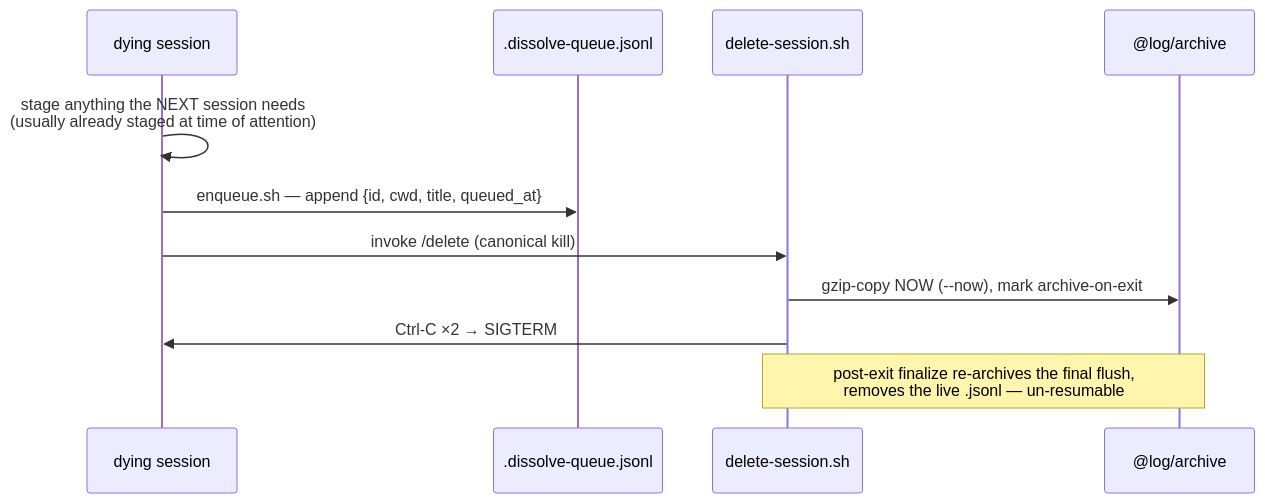
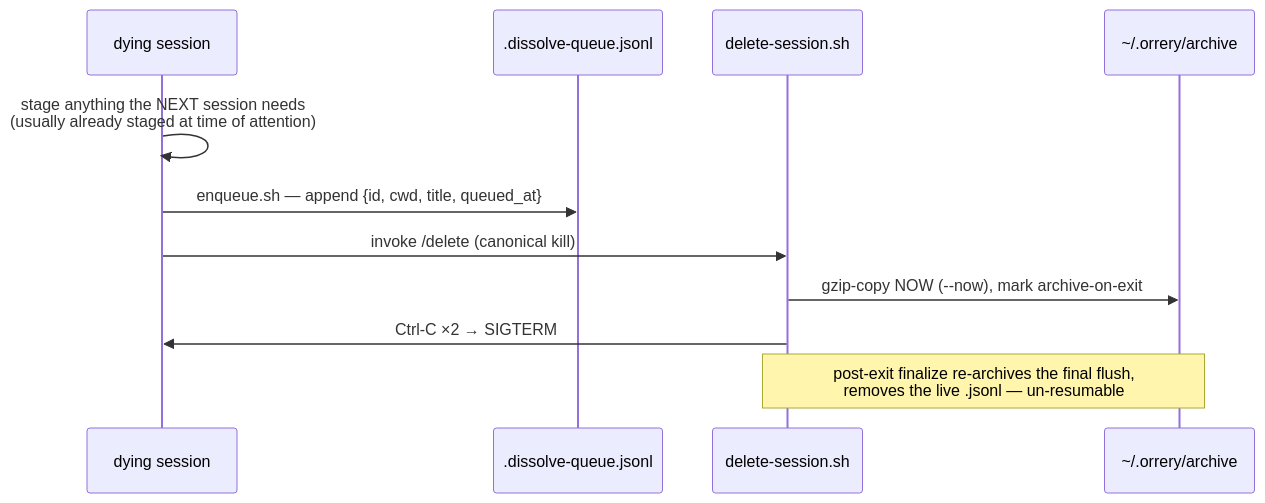
The fourth of 8 diagrams in lib/orrery/memory.md (jgeschwendt/orrery), drawn with Mermaid before and after one commit. The commit also changed other lines of this file and 9 other files, not shown here.

First line of the commit message:
refactor: transcript archive moves out of log to its own ~/.orrery/archive

````diff
--- a/lib/orrery/memory.md
+++ b/lib/orrery/memory.md
@@ -263,14 +263,14 @@
 ```mermaid
 sequenceDiagram
     participant S as dying session
     participant Q as .dissolve-queue.jsonl
     participant D as delete-session.sh
-    participant A as @log/archive
+    participant A as ~/.orrery/archive
 
     S->>S: stage anything the NEXT session needs<br/>(usually already staged at time of attention)
     S->>Q: enqueue.sh — append {id, cwd, title, queued_at}
     S->>D: invoke /delete (canonical kill)
     D->>A: gzip-copy NOW (--now), mark archive-on-exit
     D->>S: Ctrl-C ×2 → SIGTERM
     Note over D,A: post-exit finalize re-archives the final flush,<br/>removes the live .jsonl — un-resumable
 ```
````
